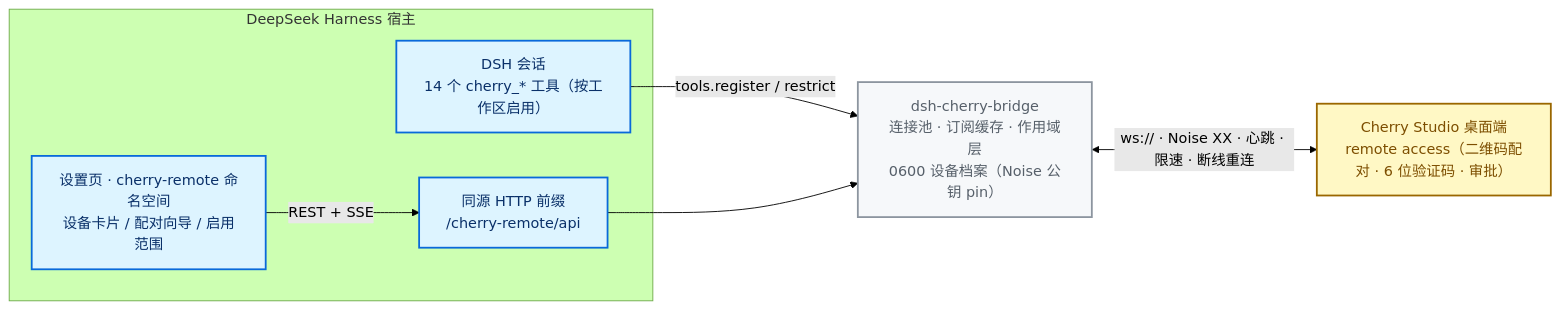
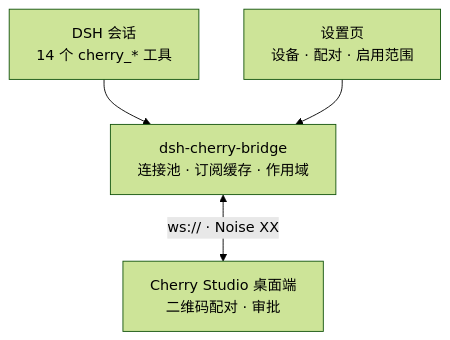
Before and after one commit to SAXEM1997/dsh-cherry-bridge: the diagram in README.md, drawn with Mermaid (forest theme). The commit also changed 1 other file, not shown here.

Commit message:
docs: redraw the README architecture diagram for the column it renders in
The previous LR diagram with a host subgraph and long CJK labels measured
~1500 px wide against GitHub's ~880 px README column, so it rendered
scaled-down and clipped; the hardcoded light classDef fills also clashed
with the dark theme.

Redrawn as a compact top-down flow (three ranks, short two-line labels,
no custom colours — mermaid's theme follows GitHub's light/dark), measured
with a local headless-mermaid harness (.superpowers/mermaid-render, jsdom
plus an SVG text-metric shim): 621 x 344 zh, 805 x 344 en, both inside the
column at 100% scale.

````diff
--- a/README.md
+++ b/README.md
@@ -20,21 +20,7 @@
 ```mermaid
-flowchart LR
-    classDef dsh fill:#ddf4ff,stroke:#0969da,stroke-width:2px,color:#0a3069
-    classDef plug fill:#f6f8fa,stroke:#8c959f,stroke-width:2px,color:#57606a
-    classDef cherry fill:#fff8c5,stroke:#9a6700,stroke-width:2px,color:#7d4e00
-
-    subgraph HOST["DeepSeek Harness 宿主"]
-        S["DSH 会话<br/>14 个 cherry_* 工具（按工作区启用）"]:::dsh
-        W["设置页 · cherry-remote 命名空间<br/>设备卡片 / 配对向导 / 启用范围"]:::dsh
-        H["同源 HTTP 前缀<br/>/cherry-remote/api"]:::dsh
-    end
-
-    P["dsh-cherry-bridge<br/>连接池 · 订阅缓存 · 作用域层<br/>0600 设备档案（Noise 公钥 pin）"]:::plug
-
-    C["Cherry Studio 桌面端<br/>remote access（二维码配对 · 6 位验证码 · 审批）"]:::cherry
-
-    S -->|tools.register / restrict| P
-    W -->|REST + SSE| H
-    H --> P
-    P <-->|"ws:// · Noise XX · 心跳 · 限速 · 断线重连"| C
+flowchart TB
+    T["DSH 会话<br/>14 个 cherry_* 工具"] --> P
+    W["设置页<br/>设备 · 配对 · 启用范围"] --> P
+    P["dsh-cherry-bridge<br/>连接池 · 订阅缓存 · 作用域"]
+    P <-->|"ws:// · Noise XX"| C["Cherry Studio 桌面端<br/>二维码配对 · 审批"]
 ```
````
